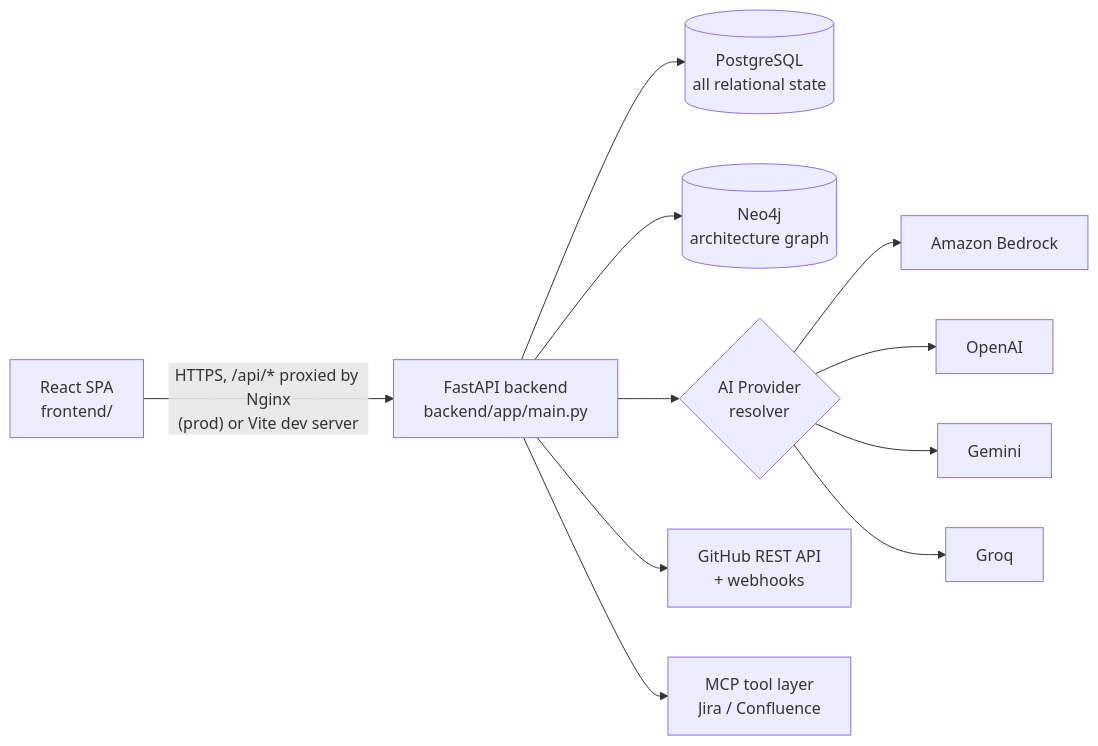
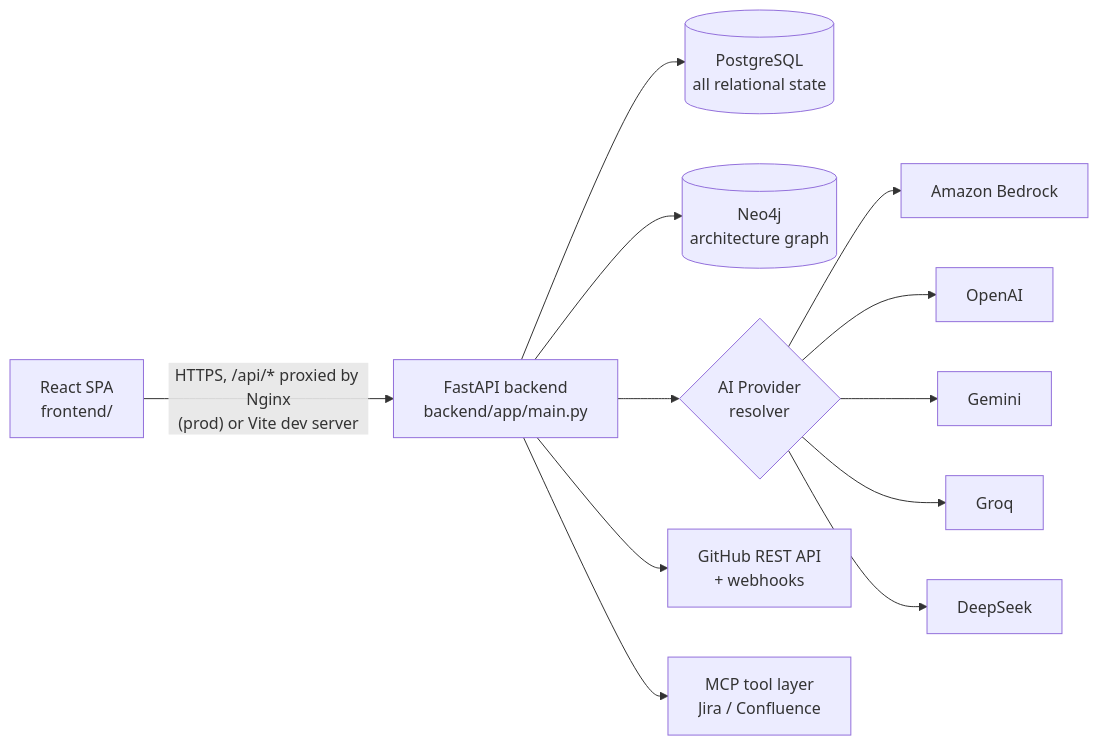
Before and after one commit to sasikumars-cyb/GraphForge: the first of 3 diagrams in docs/deployment/01_ARCHITECTURE.md, drawn with Mermaid. The commit also changed other lines of this file and 21 other files, not shown here.

````diff
--- a/docs/deployment/01_ARCHITECTURE.md
+++ b/docs/deployment/01_ARCHITECTURE.md
@@ -11,13 +11,14 @@
 ```mermaid
 flowchart LR
     Browser[React SPA<br/>frontend/] -->|"HTTPS, /api/* proxied by Nginx<br/>(prod) or Vite dev server"| API[FastAPI backend<br/>backend/app/main.py]
     API --> PG[(PostgreSQL<br/>all relational state)]
     API --> Neo[(Neo4j<br/>architecture graph)]
     API --> LLM{AI Provider<br/>resolver}
     LLM --> Bedrock[Amazon Bedrock]
     LLM --> OpenAI[OpenAI]
     LLM --> Gemini[Gemini]
     LLM --> Groq[Groq]
+    LLM --> DeepSeek[DeepSeek]
     API --> GitHub[GitHub REST API<br/>+ webhooks]
     API --> MCP[MCP tool layer<br/>Jira / Confluence]
 ```
````
